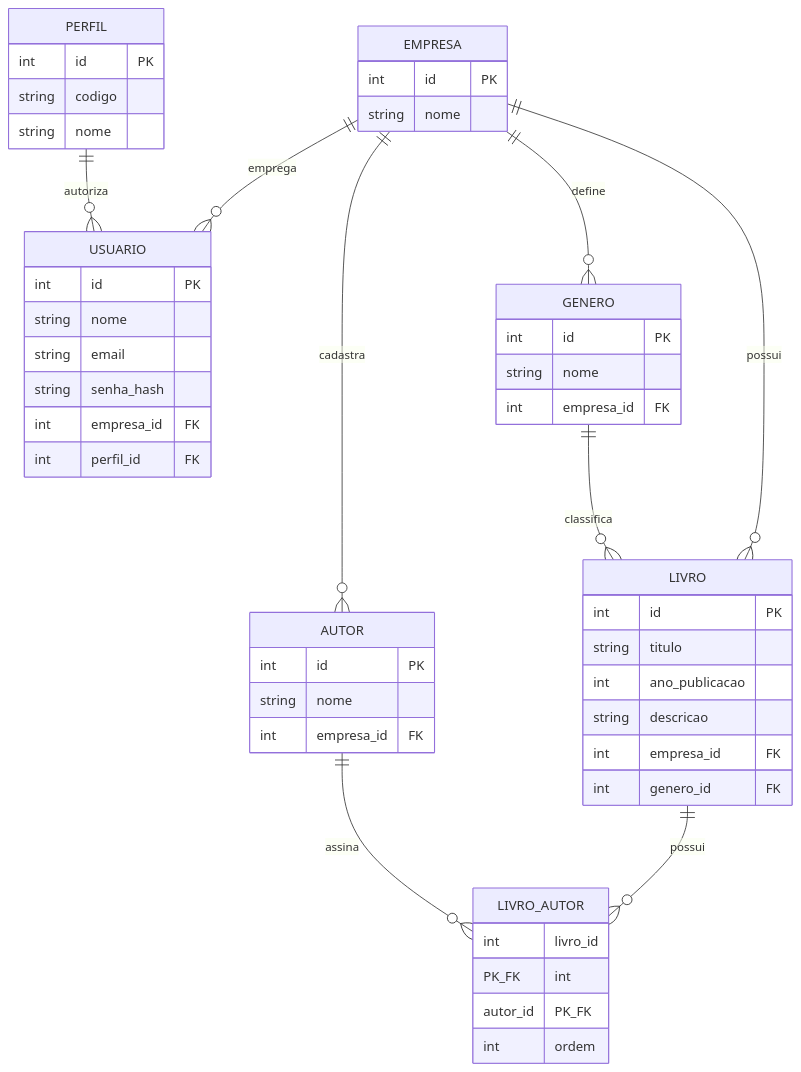
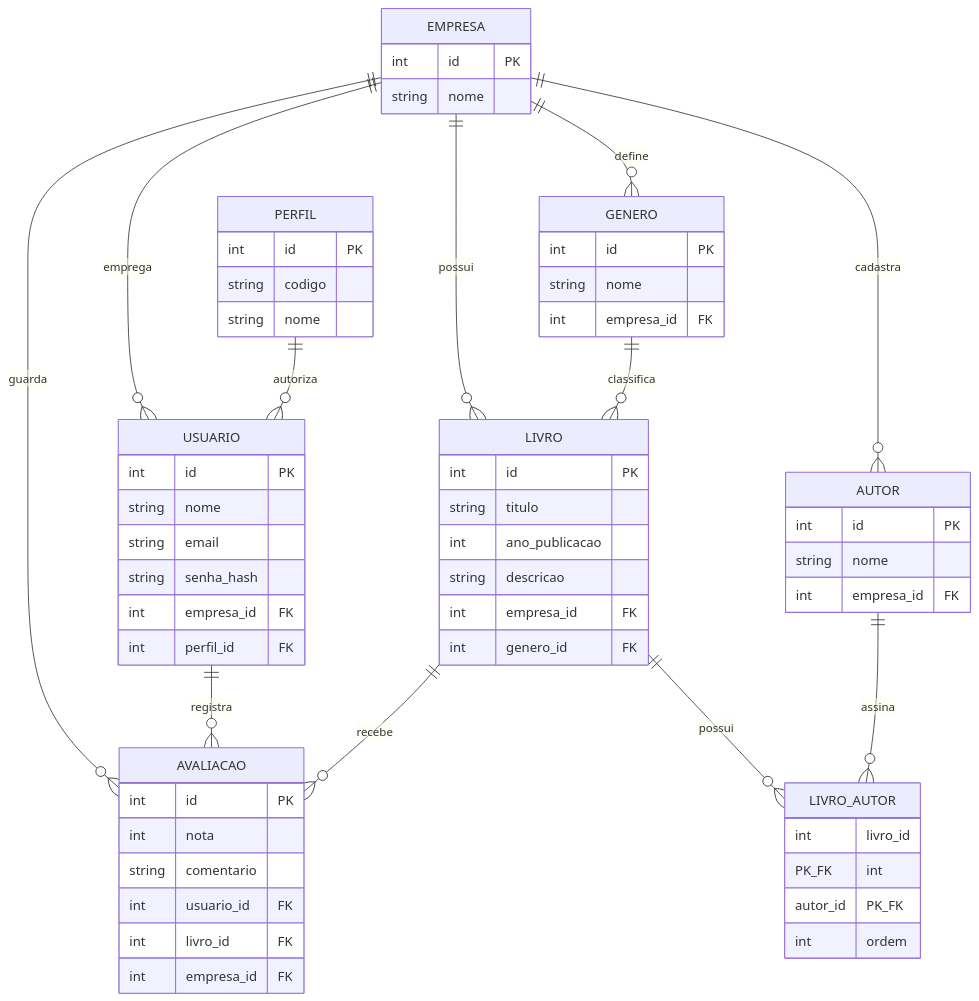
One commit to brclaudia/bookhub changed the diagram in docs/dominio/modelagem-banco.md. Above: the diagram before and after it, drawn with Mermaid. The commit also changed other lines of this file and 4 other files, not shown here.

````diff
--- a/docs/dominio/modelagem-banco.md
+++ b/docs/dominio/modelagem-banco.md
@@ -62,58 +64,70 @@
 ```mermaid
 erDiagram
     EMPRESA ||--o{ USUARIO : emprega
     PERFIL ||--o{ USUARIO : autoriza
     EMPRESA ||--o{ GENERO : define
     EMPRESA ||--o{ AUTOR : cadastra
     EMPRESA ||--o{ LIVRO : possui
     GENERO ||--o{ LIVRO : classifica
     LIVRO ||--o{ LIVRO_AUTOR : possui
     AUTOR ||--o{ LIVRO_AUTOR : assina
+    EMPRESA ||--o{ AVALIACAO : guarda
+    USUARIO ||--o{ AVALIACAO : registra
+    LIVRO ||--o{ AVALIACAO : recebe
 
     EMPRESA {
         int id PK
         string nome
     }
 
     PERFIL {
         int id PK
         string codigo
         string nome
     }
 
     USUARIO {
         int id PK
         string nome
         string email
         string senha_hash
         int empresa_id FK
         int perfil_id FK
     }
 
     GENERO {
         int id PK
         string nome
         int empresa_id FK
     }
 
     AUTOR {
         int id PK
         string nome
         int empresa_id FK
     }
 
     LIVRO {
         int id PK
         string titulo
         int ano_publicacao
         string descricao
         int empresa_id FK
         int genero_id FK
     }
 
     LIVRO_AUTOR {
         int livro_id PK_FK
         int autor_id PK_FK
         int ordem
     }
+
+    AVALIACAO {
+        int id PK
+        int nota
+        string comentario
+        int usuario_id FK
+        int livro_id FK
+        int empresa_id FK
+    }
 ```
````
